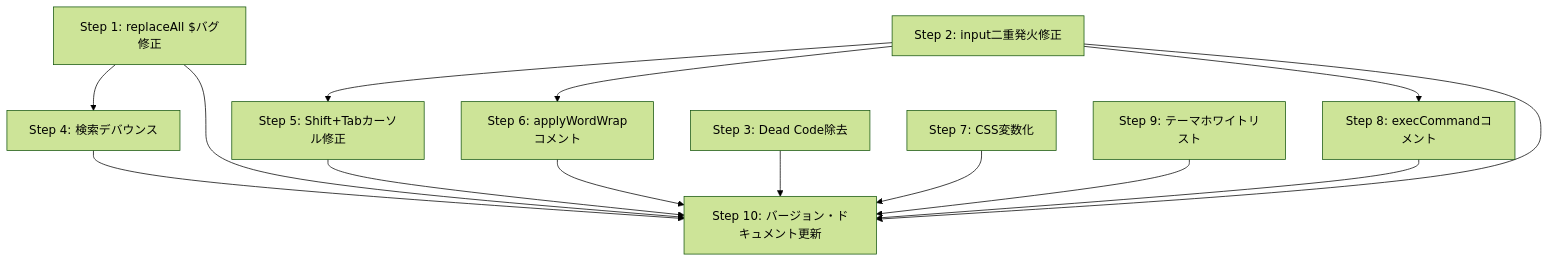
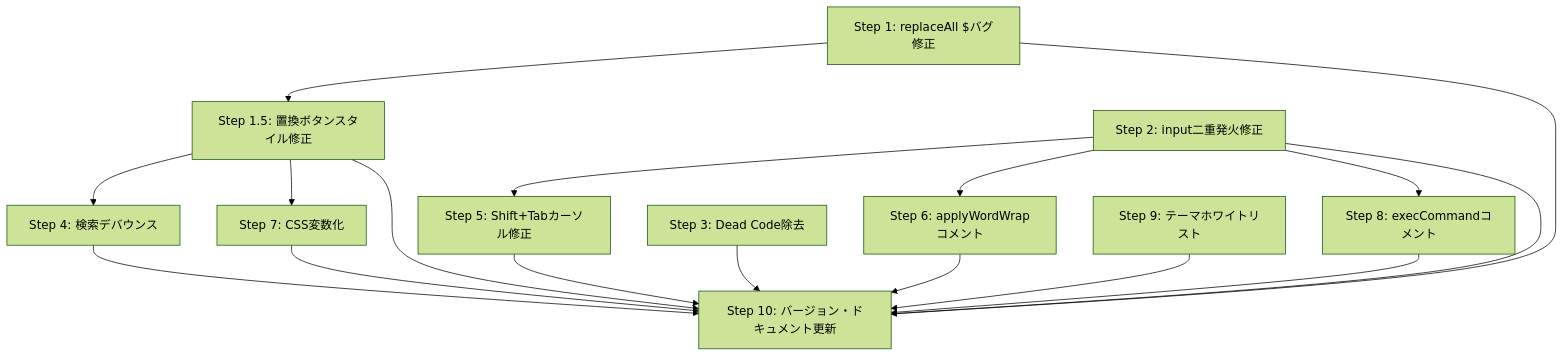
Before and after one commit to yasudajs/NoCapEdit: the diagram in docs/wip/master_plan.md, drawn with Mermaid (forest theme). The commit also changed other lines of this file, not shown here.

First line of the commit message:
マスタープランに Step 1.5（置換ボタンスタイル修正）を追加

````diff
--- a/docs/wip/master_plan.md
+++ b/docs/wip/master_plan.md
@@ -234,11 +252,12 @@
 ```mermaid
 graph TD
-    S1["Step 1: replaceAll $バグ修正"] --> S4["Step 4: 検索デバウンス"]
+    S1["Step 1: replaceAll $バグ修正"] --> S1_5["Step 1.5: 置換ボタンスタイル修正"]
+    S1_5 --> S4["Step 4: 検索デバウンス"]
     S2["Step 2: input二重発火修正"] --> S5["Step 5: Shift+Tabカーソル修正"]
     S2 --> S6["Step 6: applyWordWrapコメント"]
     S2 --> S8["Step 8: execCommandコメント"]
     S3["Step 3: Dead Code除去"]
-    S7["Step 7: CSS変数化"]
+    S1_5 --> S7["Step 7: CSS変数化"]
     S9["Step 9: テーマホワイトリスト"]
-    S1 & S2 & S3 & S4 & S5 & S6 & S7 & S8 & S9 --> S10["Step 10: バージョン・ドキュメント更新"]
+    S1 & S1_5 & S2 & S3 & S4 & S5 & S6 & S7 & S8 & S9 --> S10["Step 10: バージョン・ドキュメント更新"]
 ```
````
